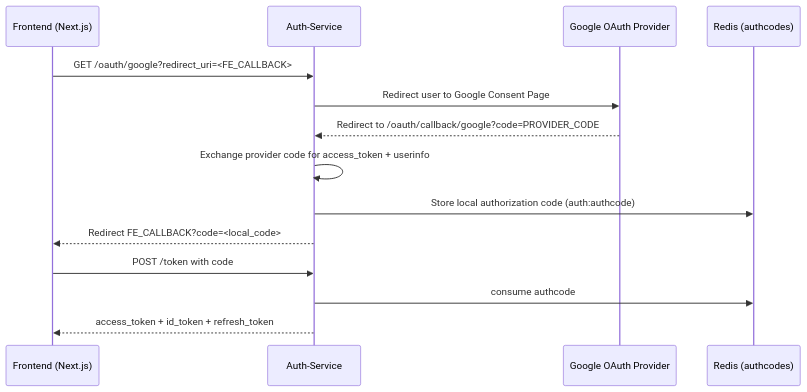
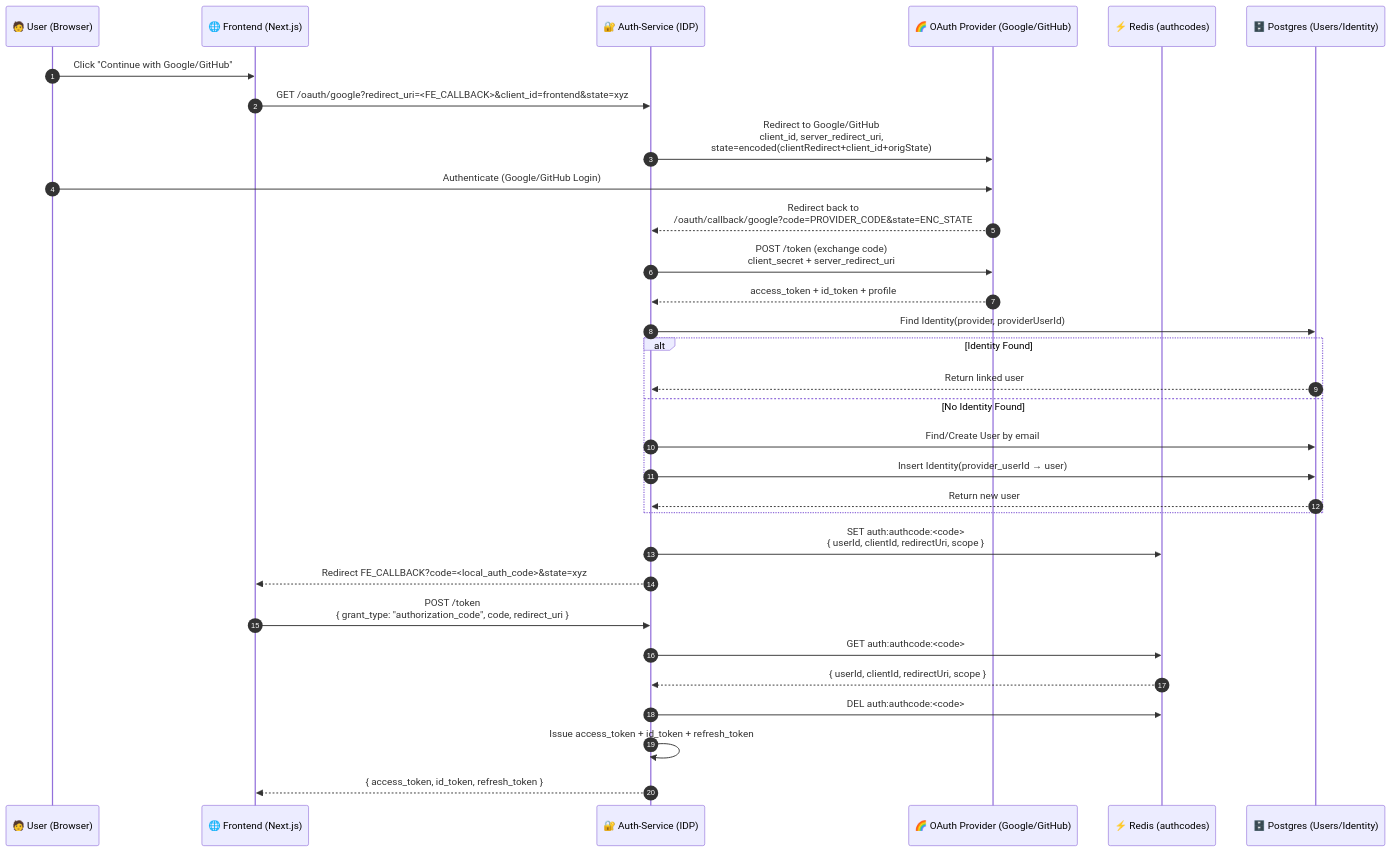
One commit to Ashutosh-Repos/Central-IdP-Identity-Provider-Design changed the second of 2 diagrams in README.md. Above: the diagram before and after it, drawn with Mermaid. The commit also changed other lines of this file, not shown here.

First line of the commit message:
Enhance OAuth2 flow diagram and explanations

````diff
--- a/README.md
+++ b/README.md
@@ -71,17 +70,54 @@
 ```mermaid
 sequenceDiagram
-    participant FE as Frontend (Next.js)
-    participant AUTH as Auth-Service
-    participant Google as Google OAuth Provider
-    participant Redis as Redis (authcodes)
+    autonumber
 
-    FE->>AUTH: GET /oauth/google?redirect_uri=<FE_CALLBACK>
-    AUTH->>Google: Redirect user to Google Consent Page
-    Google-->>AUTH: Redirect to /oauth/callback/google?code=PROVIDER_CODE
-    AUTH->>AUTH: Exchange provider code for access_token + userinfo
-    AUTH->>Redis: Store local authorization code (auth:authcode)
-    AUTH-->>FE: Redirect FE_CALLBACK?code=<local_code>
-    FE->>AUTH: POST /token with code
-    AUTH->>Redis: consume authcode
-    AUTH-->>FE: access_token + id_token + refresh_token
+    participant User as 🧑 User (Browser)
+    participant FE as 🌐 Frontend (Next.js)
+    participant AUTH as 🔐 Auth-Service (IDP)
+    participant Provider as 🌈 OAuth Provider (Google/GitHub)
+    participant Redis as ⚡ Redis (authcodes)
+    participant DB as 🗄️ Postgres (Users/Identity)
+
+    %% --- STEP 1: USER STARTS LOGIN ---
+    User->>FE: Click "Continue with Google/GitHub"
+    FE->>AUTH: GET /oauth/google?redirect_uri=<FE_CALLBACK>&client_id=frontend&state=xyz
+
+    %% --- STEP 2: REDIRECT TO PROVIDER ---
+    AUTH->>Provider: Redirect to Google/GitHub<br/>client_id, server_redirect_uri,<br/>state=encoded(clientRedirect+client_id+origState)
+    
+    %% --- STEP 3: PROVIDER LOGIN ---
+    User->>Provider: Authenticate (Google/GitHub Login)
+    Provider-->>AUTH: Redirect back to<br/>/oauth/callback/google?code=PROVIDER_CODE&state=ENC_STATE
+
+    %% --- STEP 4: EXCHANGE PROVIDER CODE ---
+    AUTH->>Provider: POST /token (exchange code)<br/>client_secret + server_redirect_uri
+    Provider-->>AUTH: access_token + id_token + profile
+    
+    %% --- STEP 5: LINK / CREATE LOCAL USER ---
+    AUTH->>DB: Find Identity(provider, providerUserId)
+    alt Identity Found
+        DB-->>AUTH: Return linked user
+    else No Identity Found
+        AUTH->>DB: Find/Create User by email
+        AUTH->>DB: Insert Identity(provider_userId → user)
+        DB-->>AUTH: Return new user
+    end
+
+    %% --- STEP 6: CREATE INTERNAL AUTH CODE ---
+    AUTH->>Redis: SET auth:authcode:<code><br/>{ userId, clientId, redirectUri, scope }
+
+    %% --- STEP 7: REDIRECT BACK TO FRONTEND ---
+    AUTH-->>FE: Redirect FE_CALLBACK?code=<local_auth_code>&state=xyz
+
+    %% --- STEP 8: FRONTEND EXCHANGES CODE ---
+    FE->>AUTH: POST /token<br/>{ grant_type: "authorization_code", code, redirect_uri }
+
+    %% --- STEP 9: AUTH SERVICE VALIDATES CODE ---
+    AUTH->>Redis: GET auth:authcode:<code>
+    Redis-->>AUTH: { userId, clientId, redirectUri, scope }
+    AUTH->>Redis: DEL auth:authcode:<code>
+
+    %% --- STEP 10: RETURN TOKENS TO FRONTEND ---
+    AUTH->>AUTH: Issue access_token + id_token + refresh_token
+    AUTH-->>FE: { access_token, id_token, refresh_token }
 ```
````
